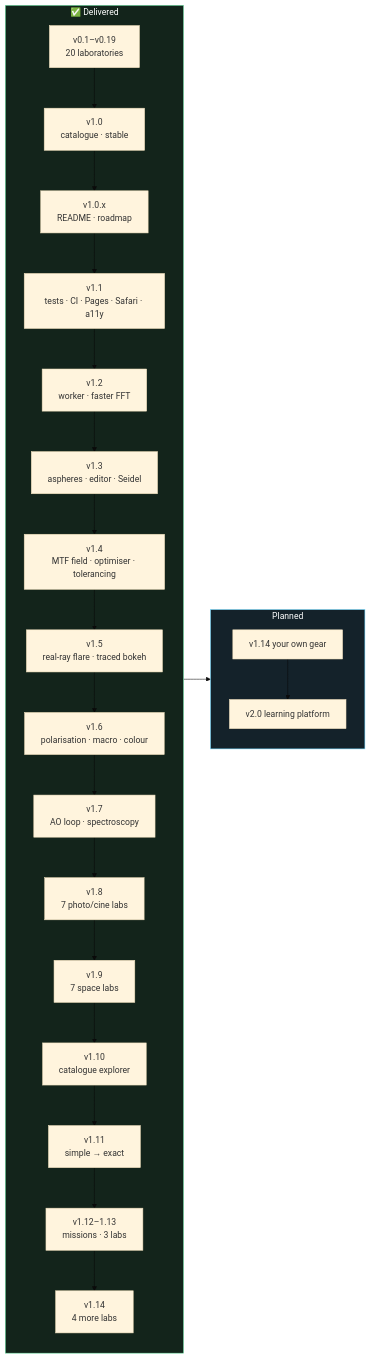
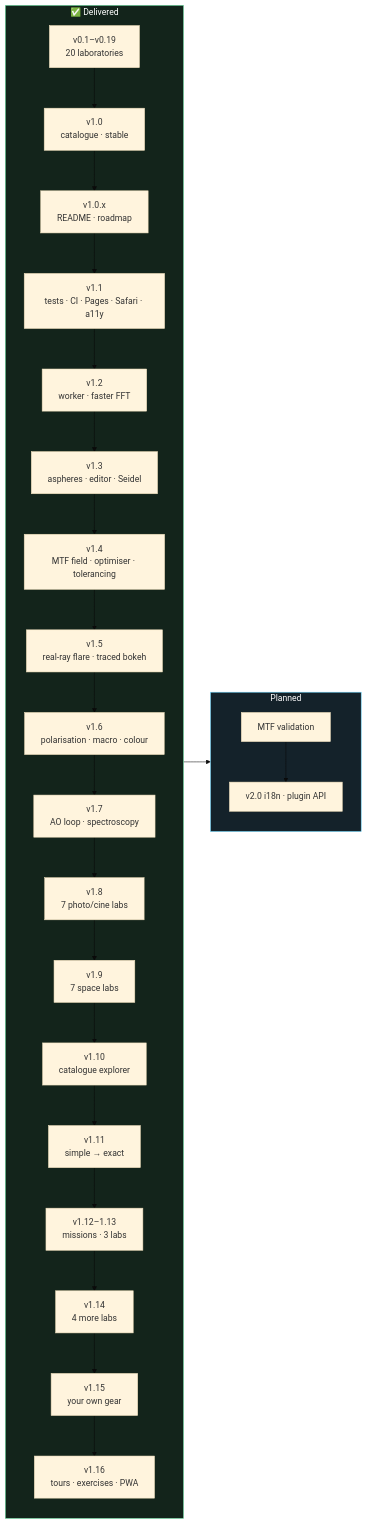
The diagram in ROADMAP.md (iiogurt/Optica_Viva), drawn with Mermaid (base theme) before and after one commit. The commit also changed other lines of this file and 3 other files, not shown here.

````diff
--- a/ROADMAP.md
+++ b/ROADMAP.md
@@ -57,14 +57,14 @@
 ```mermaid
 flowchart LR
     subgraph Done["✅ Delivered"]
         direction TB
-        D0["v0.1–v0.19<br/>20 laboratories"] --> D1["v1.0<br/>catalogue · stable"] --> D2["v1.0.x<br/>README · roadmap"] --> D3["v1.1<br/>tests · CI · Pages · Safari · a11y"] --> D4["v1.2<br/>worker · faster FFT"] --> D5["v1.3<br/>aspheres · editor · Seidel"] --> D6["v1.4<br/>MTF field · optimiser · tolerancing"] --> D7["v1.5<br/>real-ray flare · traced bokeh"] --> D8["v1.6<br/>polarisation · macro · colour"] --> D9["v1.7<br/>AO loop · spectroscopy"] --> D10["v1.8<br/>7 photo/cine labs"] --> D11["v1.9<br/>7 space labs"] --> D12["v1.10<br/>catalogue explorer"] --> D13["v1.11<br/>simple → exact"] --> D14["v1.12–1.13<br/>missions · 3 labs"] --> D15["v1.14<br/>4 more labs"]
+        D0["v0.1–v0.19<br/>20 laboratories"] --> D1["v1.0<br/>catalogue · stable"] --> D2["v1.0.x<br/>README · roadmap"] --> D3["v1.1<br/>tests · CI · Pages · Safari · a11y"] --> D4["v1.2<br/>worker · faster FFT"] --> D5["v1.3<br/>aspheres · editor · Seidel"] --> D6["v1.4<br/>MTF field · optimiser · tolerancing"] --> D7["v1.5<br/>real-ray flare · traced bokeh"] --> D8["v1.6<br/>polarisation · macro · colour"] --> D9["v1.7<br/>AO loop · spectroscopy"] --> D10["v1.8<br/>7 photo/cine labs"] --> D11["v1.9<br/>7 space labs"] --> D12["v1.10<br/>catalogue explorer"] --> D13["v1.11<br/>simple → exact"] --> D14["v1.12–1.13<br/>missions · 3 labs"] --> D15["v1.14<br/>4 more labs"] --> D16["v1.15<br/>your own gear"] --> D17["v1.16<br/>tours · exercises · PWA"]
     end
     subgraph Next["Planned"]
         direction TB
-        N10["v1.14 your own gear"] --> N7["v2.0 learning platform"]
+        N10["MTF validation"] --> N7["v2.0 i18n · plugin API"]
     end
     Done --> Next
     style Done fill:#13241b,stroke:#6be3a4,color:#fff
     style Next fill:#14222a,stroke:#6ad7ff,color:#fff
 ```
````
